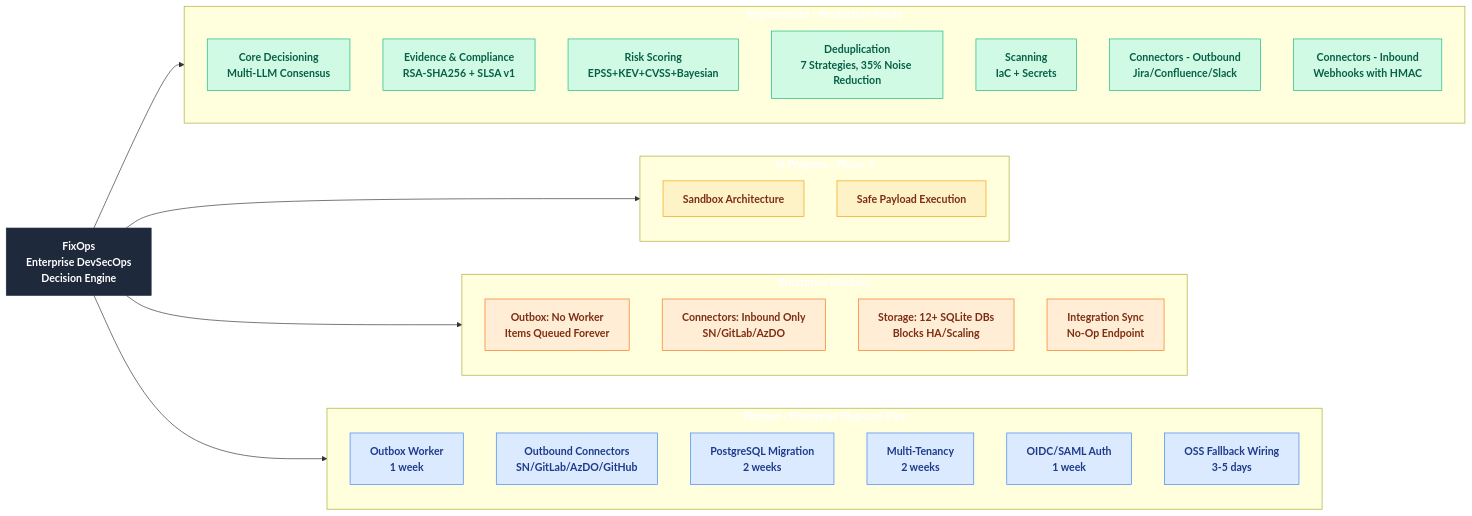
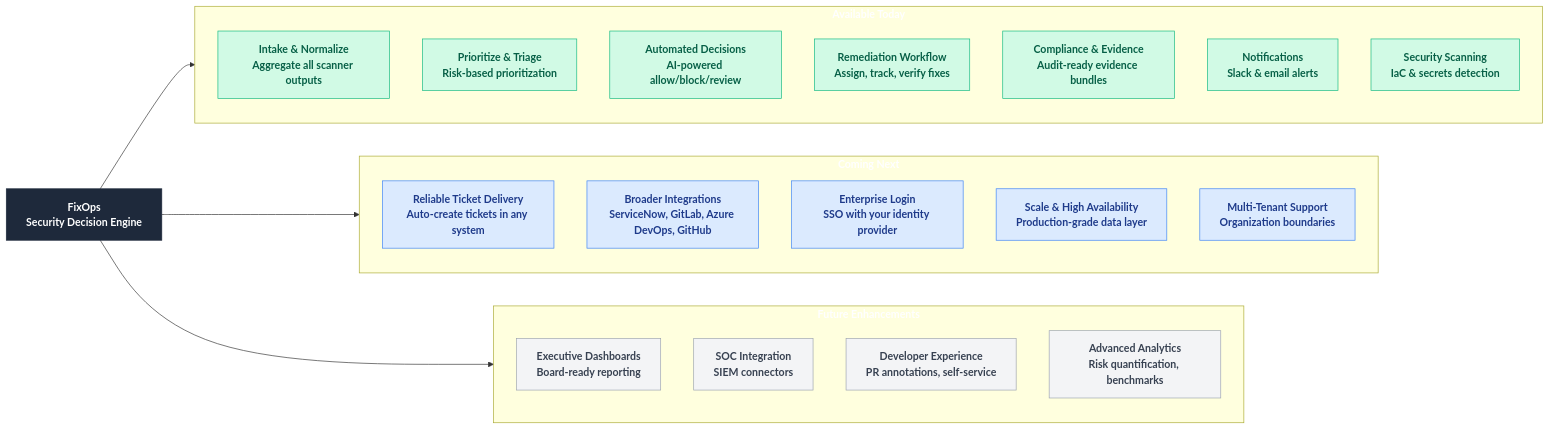
The diagram in docs/FIXOPS_PRODUCT_STATUS.md (DevOpsMadDog/Fixops), drawn with Mermaid before and after one commit. The commit also changed other lines of this file, not shown here.

Commit message:
docs: Redesign mindmap with stakeholder-friendly business language
- Replace technical jargon with business capabilities
- Organize by 'Available Today' / 'Coming Next' / 'Future Enhancements'
- Add 'What FixOps Does' section with business value descriptions
- Use language that architects and product owners can understand
- Remove implementation details from visual overview

````diff
--- a/docs/FIXOPS_PRODUCT_STATUS.md
+++ b/docs/FIXOPS_PRODUCT_STATUS.md
@@ -11,50 +11,41 @@
 ```mermaid
 flowchart LR
-  F[FixOps<br/>Enterprise DevSecOps<br/>Decision Engine]:::root
+  F[FixOps<br/>Security Decision Engine]:::root
 
-  subgraph IMPL[Implemented - Production Ready]
+  subgraph TODAY[Available Today]
     direction TB
-    I1[Core Decisioning<br/>Multi-LLM Consensus]:::done
-    I2[Evidence & Compliance<br/>RSA-SHA256 + SLSA v1]:::done
-    I3[Risk Scoring<br/>EPSS+KEV+CVSS+Bayesian]:::done
-    I4[Deduplication<br/>7 Strategies, 35% Noise Reduction]:::done
-    I5[Scanning<br/>IaC + Secrets]:::done
-    I6[Connectors - Outbound<br/>Jira/Confluence/Slack]:::done
-    I7[Connectors - Inbound<br/>Webhooks with HMAC]:::done
+    T1[Intake & Normalize<br/>Aggregate all scanner outputs]:::done
+    T2[Prioritize & Triage<br/>Risk-based prioritization]:::done
+    T3[Automated Decisions<br/>AI-powered allow/block/review]:::done
+    T4[Remediation Workflow<br/>Assign, track, verify fixes]:::done
+    T5[Compliance & Evidence<br/>Audit-ready evidence bundles]:::done
+    T6[Notifications<br/>Slack & email alerts]:::done
+    T7[Security Scanning<br/>IaC & secrets detection]:::done
   end
 
-  subgraph WIP[In Progress - Phase 4]
+  subgraph NEXT[Coming Next]
     direction TB
-    W1[Sandbox Architecture]:::wip
-    W2[Safe Payload Execution]:::wip
+    N1[Reliable Ticket Delivery<br/>Auto-create tickets in any system]:::planned
+    N2[Broader Integrations<br/>ServiceNow, GitLab, Azure DevOps, GitHub]:::planned
+    N3[Enterprise Login<br/>SSO with your identity provider]:::planned
+    N4[Scale & High Availability<br/>Production-grade data layer]:::planned
+    N5[Multi-Tenant Support<br/>Organization boundaries]:::planned
   end
 
-  subgraph PARTIAL[Enterprise Blockers]
+  subgraph LATER[Future Enhancements]
     direction TB
-    P1[Outbox: No Worker<br/>Items Queued Forever]:::partial
-    P2[Connectors: Inbound Only<br/>SN/GitLab/AzDO]:::partial
-    P3[Storage: 12+ SQLite DBs<br/>Blocks HA/Scaling]:::partial
-    P4[Integration Sync<br/>No-Op Endpoint]:::partial
+    L1[Executive Dashboards<br/>Board-ready reporting]:::later
+    L2[SOC Integration<br/>SIEM connectors]:::later
+    L3[Developer Experience<br/>PR annotations, self-service]:::later
+    L4[Advanced Analytics<br/>Risk quantification, benchmarks]:::later
   end
 
-  subgraph PLANNED[Planned - Enterprise Plug-and-Play]
-    direction TB
-    N1[Outbox Worker<br/>1 week]:::planned
-    N2[Outbound Connectors<br/>SN/GitLab/AzDO/GitHub]:::planned
-    N3[PostgreSQL Migration<br/>2 weeks]:::planned
-    N4[Multi-Tenancy<br/>2 weeks]:::planned
-    N5[OIDC/SAML Auth<br/>1 week]:::planned
-    N6[OSS Fallback Wiring<br/>3-5 days]:::planned
-  end
-
-  F --> IMPL
-  F --> WIP
-  F --> PARTIAL
-  F --> PLANNED
+  F --> TODAY
+  F --> NEXT
+  F --> LATER
 
   classDef root fill:#1e293b,stroke:#1e293b,color:#ffffff,font-weight:bold;
   classDef done fill:#d1fae5,stroke:#10b981,color:#065f46;
-  classDef wip fill:#fef3c7,stroke:#f59e0b,color:#7c2d12;
-  classDef partial fill:#ffedd5,stroke:#f97316,color:#7c2d12;
   classDef planned fill:#dbeafe,stroke:#3b82f6,color:#1e3a8a;
+  classDef later fill:#f3f4f6,stroke:#9ca3af,color:#374151;
 ```
````
